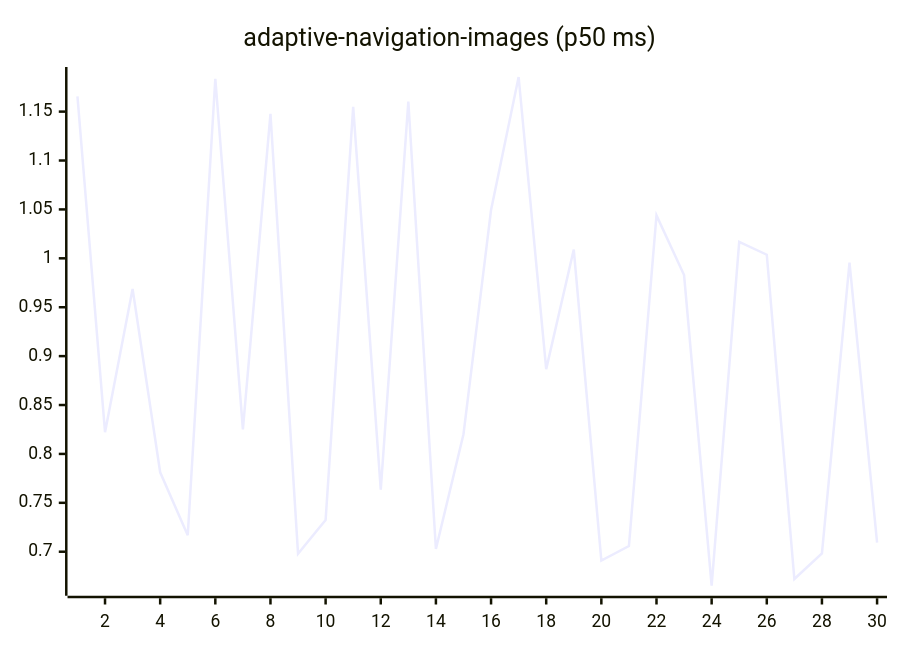
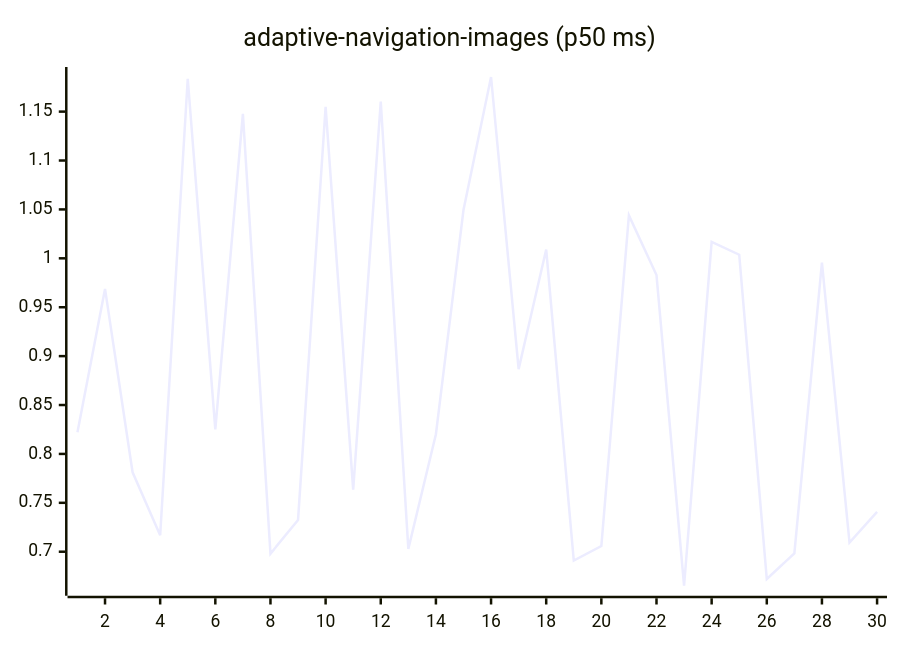
Before and after one commit to josha/Facet: the first of 27 diagrams in README.md, drawn with Mermaid. The commit also changed other lines of this file and 2 other files, not shown here.

````diff
--- a/README.md
+++ b/README.md
@@ -63,6 +63,6 @@
 ```mermaid
 xychart-beta
     title "adaptive-navigation-images (p50 ms)"
     x-axis 1 --> 30
-    line [1.1655, 0.8222, 0.9687, 0.7812, 0.7168, 1.1836, 0.8250, 1.1478, 0.6980, 0.7325, 1.1549, 0.7635, 1.1603, 0.7028, 0.8201, 1.0494, 1.1854, 0.8867, 1.0090, 0.6909, 0.7058, 1.0439, 0.9829, 0.6652, 1.0169, 1.0037, 0.6721, 0.6983, 0.9956, 0.7094]
+    line [0.8222, 0.9687, 0.7812, 0.7168, 1.1836, 0.8250, 1.1478, 0.6980, 0.7325, 1.1549, 0.7635, 1.1603, 0.7028, 0.8201, 1.0494, 1.1854, 0.8867, 1.0090, 0.6909, 0.7058, 1.0439, 0.9829, 0.6652, 1.0169, 1.0037, 0.6721, 0.6983, 0.9956, 0.7094, 0.7407]
 ```
````
